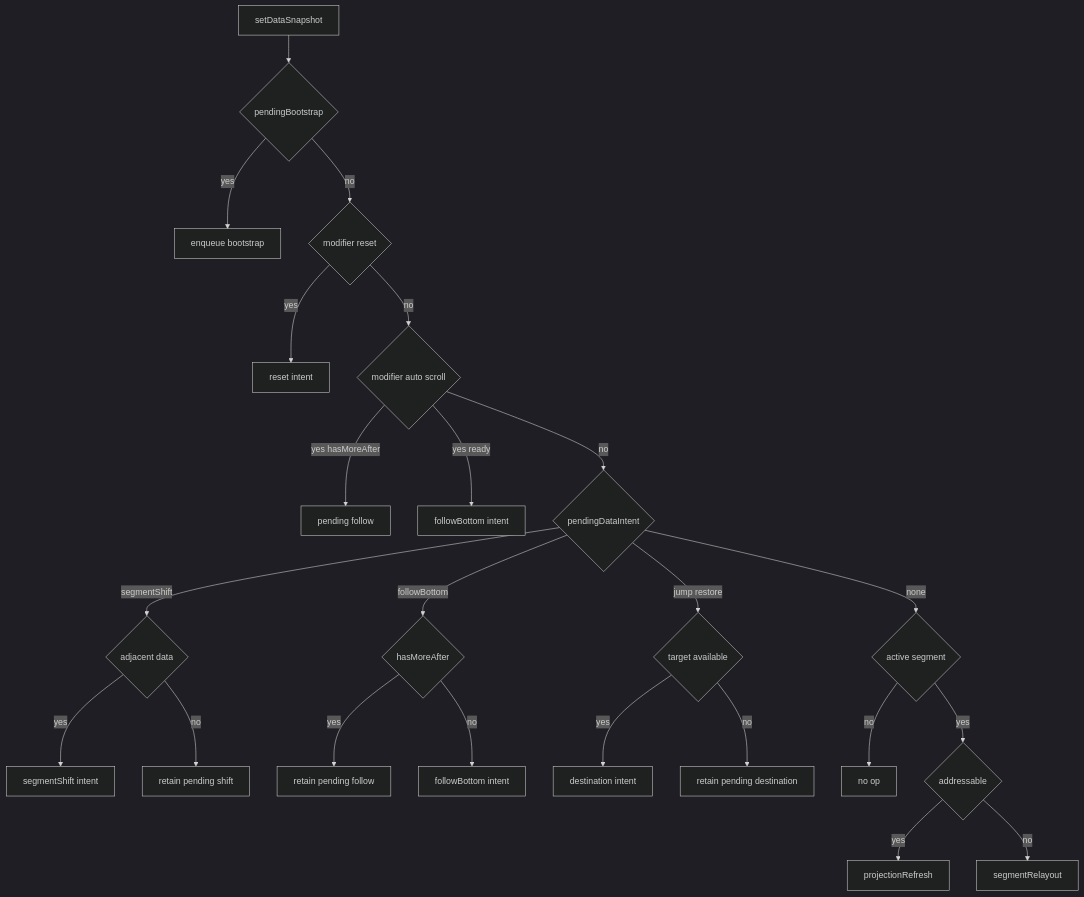
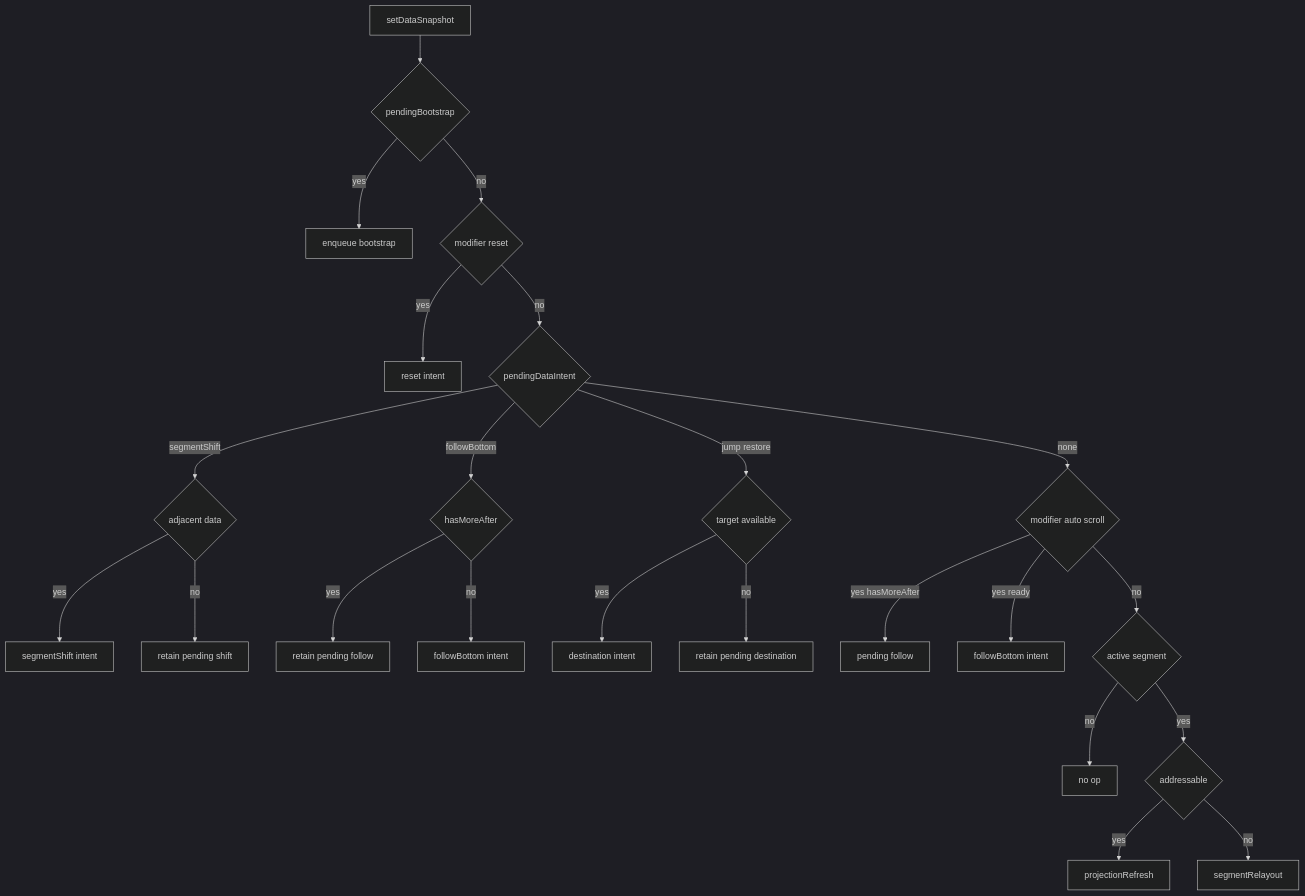
The eighth of 20 diagrams in docs/architecture/runtime-next-state-machines.md (LouisGo/XMessageList), drawn with Mermaid (dark theme) before and after one commit. The commit also changed other lines of this file and 18 other files, not shown here.

````diff
--- a/docs/architecture/runtime-next-state-machines.md
+++ b/docs/architecture/runtime-next-state-machines.md
@@ -227,31 +231,30 @@
 ```mermaid
 flowchart TD
     A[setDataSnapshot] --> B{pendingBootstrap}
     B -->|yes| C[enqueue bootstrap]
     B -->|no| D{modifier reset}
 
     D -->|yes| R[reset intent]
-    D -->|no| E{modifier auto scroll}
-
-    E -->|yes hasMoreAfter| F[pending follow]
-    E -->|yes ready| G[followBottom intent]
-    E -->|no| H{pendingDataIntent}
+    D -->|no| H{pendingDataIntent}
 
     H -->|segmentShift| I{adjacent data}
     I -->|yes| J[segmentShift intent]
     I -->|no| K[retain pending shift]
 
     H -->|followBottom| L{hasMoreAfter}
     L -->|yes| M[retain pending follow]
     L -->|no| N[followBottom intent]
 
     H -->|jump restore| O{target available}
     O -->|yes| P[destination intent]
     O -->|no| Q[retain pending destination]
 
-    H -->|none| S{active segment}
+    H -->|none| E{modifier auto scroll}
+    E -->|yes hasMoreAfter| F[pending follow]
+    E -->|yes ready| G[followBottom intent]
+    E -->|no| S{active segment}
     S -->|no| T[no op]
     S -->|yes| U{addressable}
     U -->|yes| V[projectionRefresh]
     U -->|no| W[segmentRelayout]
 ```
````
